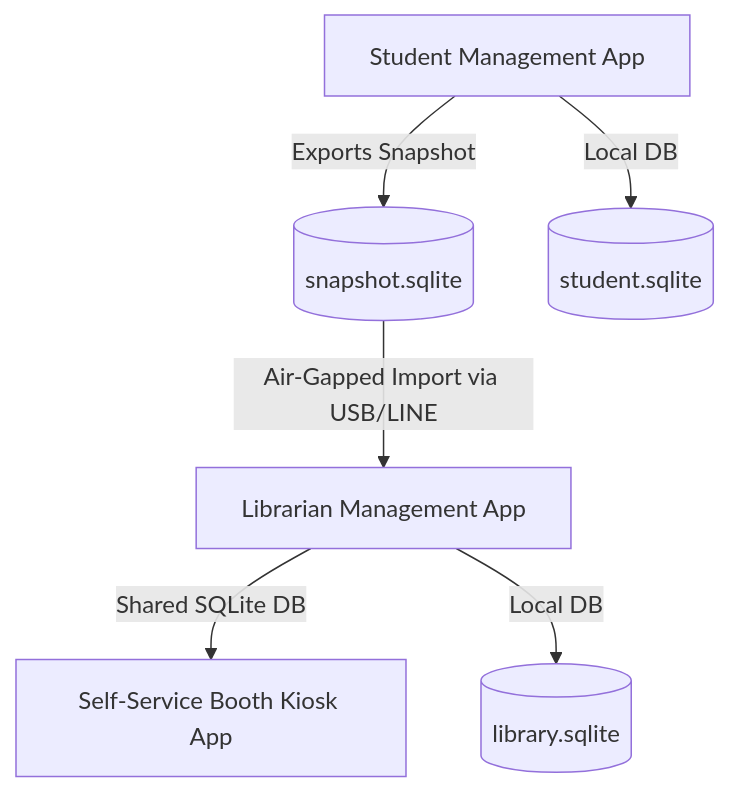
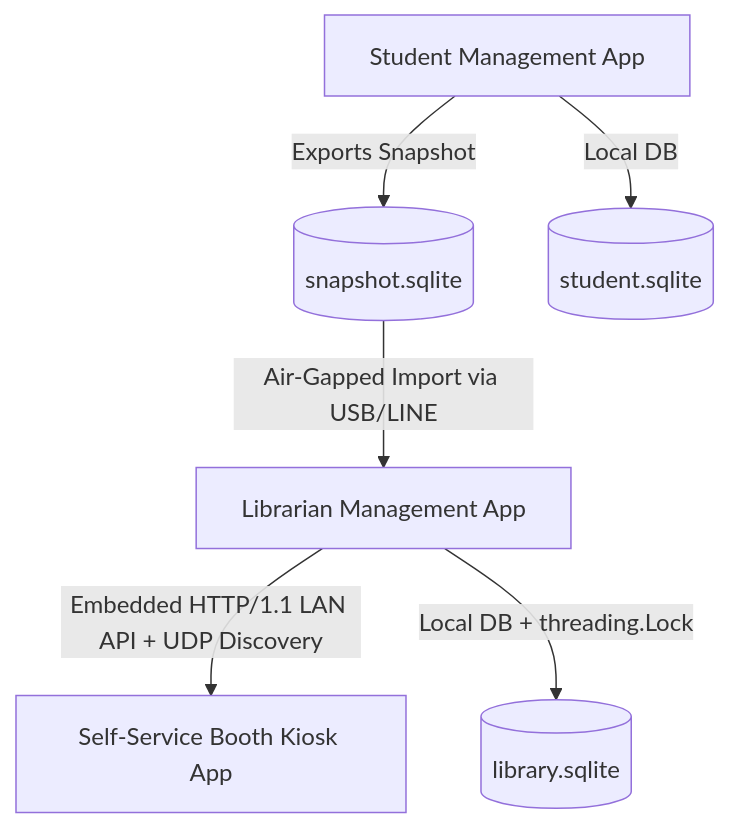
One commit to ZenitHTH/school_project changed the diagram in wiki/architecture/overview.md. Above: the diagram before and after it, drawn with Mermaid. The commit also changed other lines of this file and 6 other files, not shown here.

Commit message:
feat(librarian): host embedded Booth LAN server and update wiki

````diff
--- a/wiki/architecture/overview.md
+++ b/wiki/architecture/overview.md
@@ -6,8 +6,8 @@
 ```mermaid
 graph TD
     SM[Student Management App] -->|Exports Snapshot| SS[(snapshot.sqlite)]
     SS -->|Air-Gapped Import via USB/LINE| LM[Librarian Management App]
-    LM -->|Shared SQLite DB| BA[Self-Service Booth Kiosk App]
+    LM -->|Embedded HTTP/1.1 LAN API + UDP Discovery| BA[Self-Service Booth Kiosk App]
     SM -->|Local DB| SDB[(student.sqlite)]
-    LM -->|Local DB| LDB[(library.sqlite)]
+    LM -->|Local DB + threading.Lock| LDB[(library.sqlite)]
 ```
````
